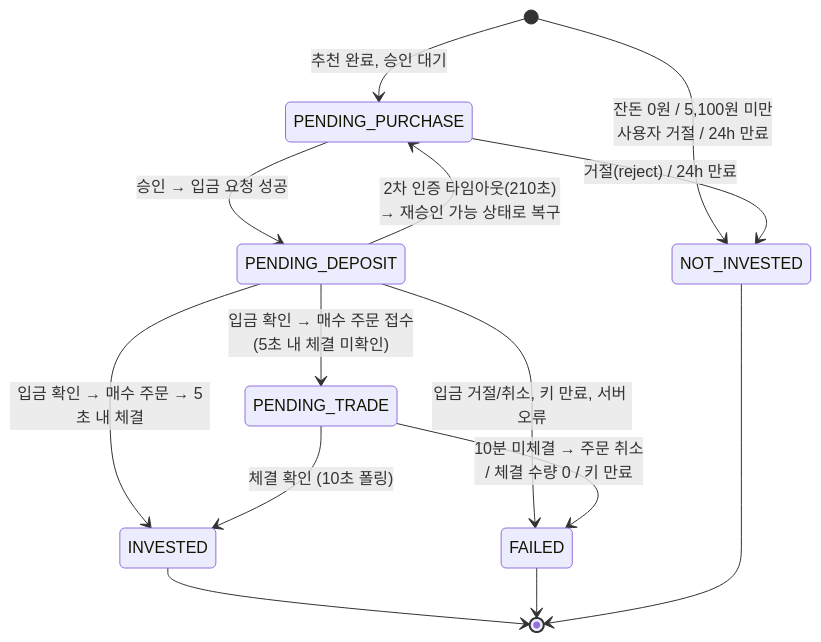
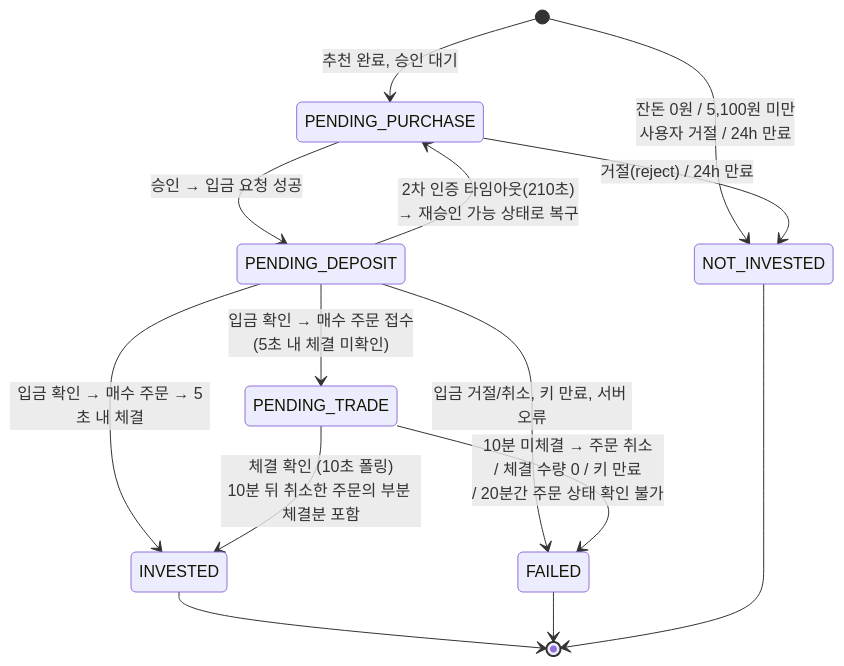
The second of 2 diagrams in docs/Tikkle_payment_investment_flow.md (Team-Tikkle/Tikkle-be), drawn with Mermaid before and after one commit. The commit also changed other lines of this file, not shown here.

````diff
--- a/docs/Tikkle_payment_investment_flow.md
+++ b/docs/Tikkle_payment_investment_flow.md
@@ -184,20 +184,20 @@
 ```mermaid
 stateDiagram-v2
     [*] --> NOT_INVESTED : 잔돈 0원 / 5,100원 미만<br>사용자 거절 / 24h 만료
     [*] --> PENDING_PURCHASE : 추천 완료, 승인 대기
 
     PENDING_PURCHASE --> PENDING_DEPOSIT : 승인 → 입금 요청 성공
     PENDING_PURCHASE --> NOT_INVESTED : 거절(reject) / 24h 만료
 
     PENDING_DEPOSIT --> PENDING_TRADE : 입금 확인 → 매수 주문 접수<br>(5초 내 체결 미확인)
     PENDING_DEPOSIT --> INVESTED : 입금 확인 → 매수 주문 → 5초 내 체결
     PENDING_DEPOSIT --> PENDING_PURCHASE : 2차 인증 타임아웃(210초)<br>→ 재승인 가능 상태로 복구
     PENDING_DEPOSIT --> FAILED : 입금 거절/취소, 키 만료, 서버 오류
 
-    PENDING_TRADE --> INVESTED : 체결 확인 (10초 폴링)
-    PENDING_TRADE --> FAILED : 10분 미체결 → 주문 취소<br>/ 체결 수량 0 / 키 만료
+    PENDING_TRADE --> INVESTED : 체결 확인 (10초 폴링)<br>10분 뒤 취소한 주문의 부분 체결분 포함
+    PENDING_TRADE --> FAILED : 10분 미체결 → 주문 취소<br>/ 체결 수량 0 / 키 만료<br>/ 20분간 주문 상태 확인 불가
 
     INVESTED --> [*]
     FAILED --> [*]
     NOT_INVESTED --> [*]
 ```
````
